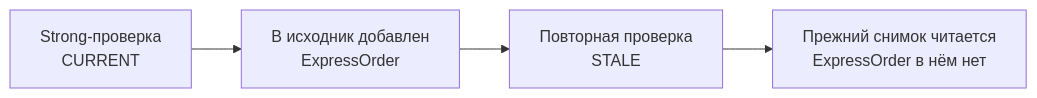
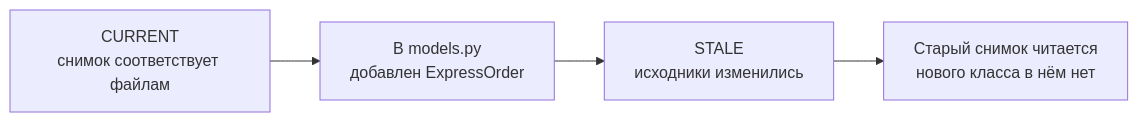
Before and after one commit to Vkuvalin/project-kb: the fourth of 5 diagrams in PRESENTATION.md, drawn with Mermaid. The commit also changed other lines of this file and 16 other files, not shown here.

````diff
--- a/PRESENTATION.md
+++ b/PRESENTATION.md
@@ -153,6 +268,6 @@
 ```mermaid
 flowchart LR
-    Current["Strong-проверка<br/>CURRENT"] --> Change["В исходник добавлен<br/>ExpressOrder"]
-    Change --> Stale["Повторная проверка<br/>STALE"]
-    Stale --> Old["Прежний снимок читается<br/>ExpressOrder в нём нет"]
+    Current["CURRENT<br/>снимок соответствует файлам"] --> Change["В models.py<br/>добавлен ExpressOrder"]
+    Change --> Stale["STALE<br/>исходники изменились"]
+    Stale --> Old["Старый снимок читается<br/>нового класса в нём нет"]
 ```
````
